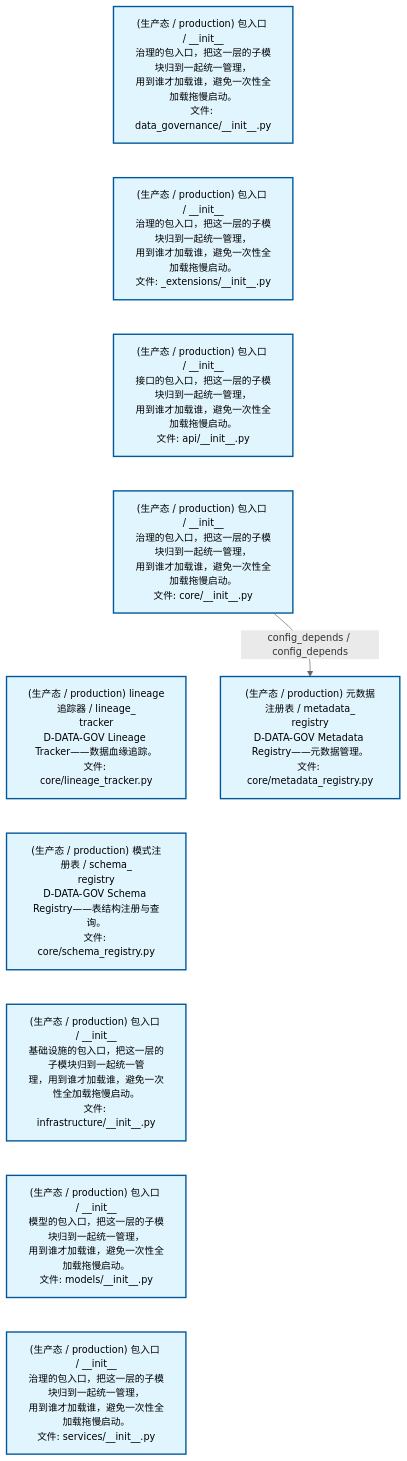
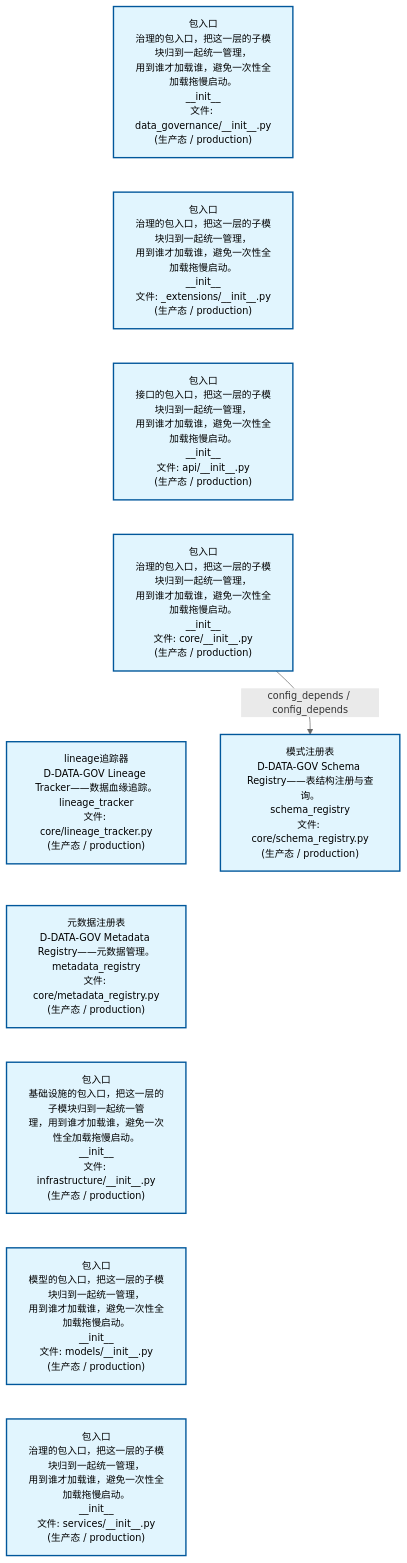
One commit to xuanFelixVan/ZephyrAlpha changed the second of 2 diagrams in docs/02_enterprise_architecture/02_domain_architecture_docs/13_d_data_gov.md. Above: the diagram before and after it, drawn with Mermaid. The commit also changed other lines of this file and 62 other files, not shown here.

````diff
--- a/docs/02_enterprise_architecture/02_domain_architecture_docs/13_d_data_gov.md
+++ b/docs/02_enterprise_architecture/02_domain_architecture_docs/13_d_data_gov.md
@@ -86,28 +86,28 @@
 ```mermaid
 %%{init: {'theme': 'base', 'themeVariables': {'primaryColor': '#eaeaea', 'primaryTextColor': '#333333', 'primaryBorderColor': '#666666', 'lineColor': '#666666', 'secondaryColor': '#eaeaea', 'tertiaryColor': '#eaeaea', 'fontSize': '14px'}}}%%
 flowchart TD
-    src_zephyr_data_governance_init_py["(生产态 / production) 包入口 / __init__<br/>治理的包入口，把这一层的子模块归到一起统一管理，<br/>用到谁才加载谁，避免一次性全加载拖慢启动。<br/>文件: data_governance/__init__.py"]
-    src_zephyr_data_governance_extensions_init_py["(生产态 / production) 包入口 / __init__<br/>治理的包入口，把这一层的子模块归到一起统一管理，<br/>用到谁才加载谁，避免一次性全加载拖慢启动。<br/>文件: _extensions/__init__.py"]
-    src_zephyr_data_governance_api_init_py["(生产态 / production) 包入口 / __init__<br/>接口的包入口，把这一层的子模块归到一起统一管理，<br/>用到谁才加载谁，避免一次性全加载拖慢启动。<br/>文件: api/__init__.py"]
-    src_zephyr_data_governance_core_init_py["(生产态 / production) 包入口 / __init__<br/>治理的包入口，把这一层的子模块归到一起统一管理，<br/>用到谁才加载谁，避免一次性全加载拖慢启动。<br/>文件: core/__init__.py"]
-    src_zephyr_data_governance_core_lineage_tracker_py["(生产态 / production) lineage追踪器 / lineage_<br/>tracker<br/>D-DATA-GOV Lineage Tracker——数据血缘追踪。<br/>文件: core/lineage_tracker.py"]
-    src_zephyr_data_governance_core_schema_registry_py["(生产态 / production) 模式注册表 / schema_<br/>registry<br/>D-DATA-GOV Schema Registry——表结构注册与查询。<br/>文件: core/schema_registry.py"]
-    src_zephyr_data_governance_infrastructure_init_py["(生产态 / production) 包入口 / __init__<br/>基础设施的包入口，把这一层的子模块归到一起统一管<br/>理，用到谁才加载谁，避免一次性全加载拖慢启动。<br/>文件: infrastructure/__init__.py"]
-    src_zephyr_data_governance_models_init_py["(生产态 / production) 包入口 / __init__<br/>模型的包入口，把这一层的子模块归到一起统一管理，<br/>用到谁才加载谁，避免一次性全加载拖慢启动。<br/>文件: models/__init__.py"]
-    src_zephyr_data_governance_services_init_py["(生产态 / production) 包入口 / __init__<br/>治理的包入口，把这一层的子模块归到一起统一管理，<br/>用到谁才加载谁，避免一次性全加载拖慢启动。<br/>文件: services/__init__.py"]
+    src_zephyr_data_governance_init_py["包入口<br/>治理的包入口，把这一层的子模块归到一起统一管理，<br/>用到谁才加载谁，避免一次性全加载拖慢启动。<br/>__init__<br/>文件: data_governance/__init__.py<br/>(生产态 / production)"]
+    src_zephyr_data_governance_extensions_init_py["包入口<br/>治理的包入口，把这一层的子模块归到一起统一管理，<br/>用到谁才加载谁，避免一次性全加载拖慢启动。<br/>__init__<br/>文件: _extensions/__init__.py<br/>(生产态 / production)"]
+    src_zephyr_data_governance_api_init_py["包入口<br/>接口的包入口，把这一层的子模块归到一起统一管理，<br/>用到谁才加载谁，避免一次性全加载拖慢启动。<br/>__init__<br/>文件: api/__init__.py<br/>(生产态 / production)"]
+    src_zephyr_data_governance_core_init_py["包入口<br/>治理的包入口，把这一层的子模块归到一起统一管理，<br/>用到谁才加载谁，避免一次性全加载拖慢启动。<br/>__init__<br/>文件: core/__init__.py<br/>(生产态 / production)"]
+    src_zephyr_data_governance_core_lineage_tracker_py["lineage追踪器<br/>D-DATA-GOV Lineage Tracker——数据血缘追踪。<br/>lineage_tracker<br/>文件: core/lineage_tracker.py<br/>(生产态 / production)"]
+    src_zephyr_data_governance_core_metadata_registry_py["元数据注册表<br/>D-DATA-GOV Metadata Registry——元数据管理。<br/>metadata_registry<br/>文件: core/metadata_registry.py<br/>(生产态 / production)"]
+    src_zephyr_data_governance_infrastructure_init_py["包入口<br/>基础设施的包入口，把这一层的子模块归到一起统一管<br/>理，用到谁才加载谁，避免一次性全加载拖慢启动。<br/>__init__<br/>文件: infrastructure/__init__.py<br/>(生产态 / production)"]
+    src_zephyr_data_governance_models_init_py["包入口<br/>模型的包入口，把这一层的子模块归到一起统一管理，<br/>用到谁才加载谁，避免一次性全加载拖慢启动。<br/>__init__<br/>文件: models/__init__.py<br/>(生产态 / production)"]
+    src_zephyr_data_governance_services_init_py["包入口<br/>治理的包入口，把这一层的子模块归到一起统一管理，<br/>用到谁才加载谁，避免一次性全加载拖慢启动。<br/>__init__<br/>文件: services/__init__.py<br/>(生产态 / production)"]
     src_zephyr_data_governance_init_py ~~~ src_zephyr_data_governance_extensions_init_py
     src_zephyr_data_governance_extensions_init_py ~~~ src_zephyr_data_governance_api_init_py
     src_zephyr_data_governance_api_init_py ~~~ src_zephyr_data_governance_core_init_py
     src_zephyr_data_governance_core_init_py ~~~ src_zephyr_data_governance_core_lineage_tracker_py
-    src_zephyr_data_governance_core_lineage_tracker_py ~~~ src_zephyr_data_governance_core_schema_registry_py
-    src_zephyr_data_governance_core_schema_registry_py ~~~ src_zephyr_data_governance_infrastructure_init_py
+    src_zephyr_data_governance_core_lineage_tracker_py ~~~ src_zephyr_data_governance_core_metadata_registry_py
+    src_zephyr_data_governance_core_metadata_registry_py ~~~ src_zephyr_data_governance_infrastructure_init_py
     src_zephyr_data_governance_infrastructure_init_py ~~~ src_zephyr_data_governance_models_init_py
     src_zephyr_data_governance_models_init_py ~~~ src_zephyr_data_governance_services_init_py
-    src_zephyr_data_governance_core_metadata_registry_py["(生产态 / production) 元数据注册表 / metadata_<br/>registry<br/>D-DATA-GOV Metadata Registry——元数据管理。<br/>文件: core/metadata_registry.py"]
-    src_zephyr_data_governance_core_init_py -->|config_depends / config_depends| src_zephyr_data_governance_core_metadata_registry_py
+    src_zephyr_data_governance_core_schema_registry_py["模式注册表<br/>D-DATA-GOV Schema Registry——表结构注册与查询。<br/>schema_registry<br/>文件: core/schema_registry.py<br/>(生产态 / production)"]
+    src_zephyr_data_governance_core_init_py -->|config_depends / config_depends| src_zephyr_data_governance_core_schema_registry_py
     classDef production fill:#e1f5fe,stroke:#01579b,stroke-width:2px,color:#000
     classDef design fill:#fff3e0,stroke:#e65100,stroke-width:2px,color:#000,stroke-dasharray: 5 5
     classDef external_prod fill:#e8f4fd,stroke:#0277bd,stroke-width:1px,color:#000
     classDef external_design fill:#fff8e7,stroke:#ef6c00,stroke-width:1px,color:#000,stroke-dasharray: 5 5
     class src_zephyr_data_governance_init_py,src_zephyr_data_governance_extensions_init_py,src_zephyr_data_governance_api_init_py,src_zephyr_data_governance_core_init_py,src_zephyr_data_governance_core_lineage_tracker_py,src_zephyr_data_governance_core_metadata_registry_py,src_zephyr_data_governance_core_schema_registry_py,src_zephyr_data_governance_infrastructure_init_py,src_zephyr_data_governance_models_init_py,src_zephyr_data_governance_services_init_py production
 ```
````
